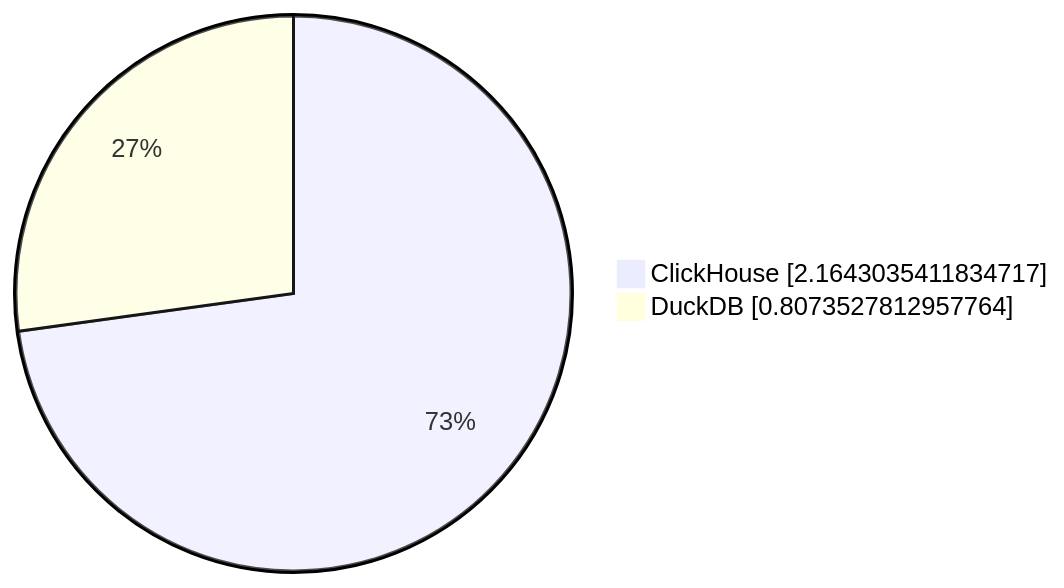
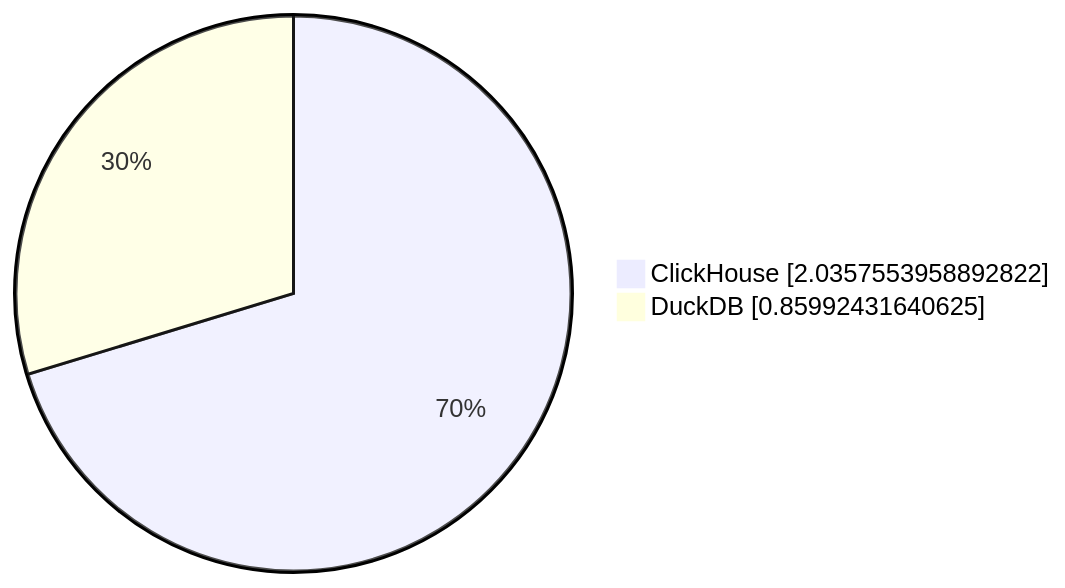
The ninth of 10 diagrams in parquet/performance/results/README.md (Altinity/clickhouse-regression), drawn with Mermaid before and after one commit. The commit also changed other lines of this file and 2 other files, not shown here.

````diff
--- a/parquet/performance/results/README.md
+++ b/parquet/performance/results/README.md
@@ -90,5 +90,5 @@
 ```mermaid
      pie showData
-         "ClickHouse" : 2.1643035411834717
-         "DuckDB" : 0.8073527812957764
+         "ClickHouse" : 2.0357553958892822
+         "DuckDB" : 0.85992431640625
 ```
````
